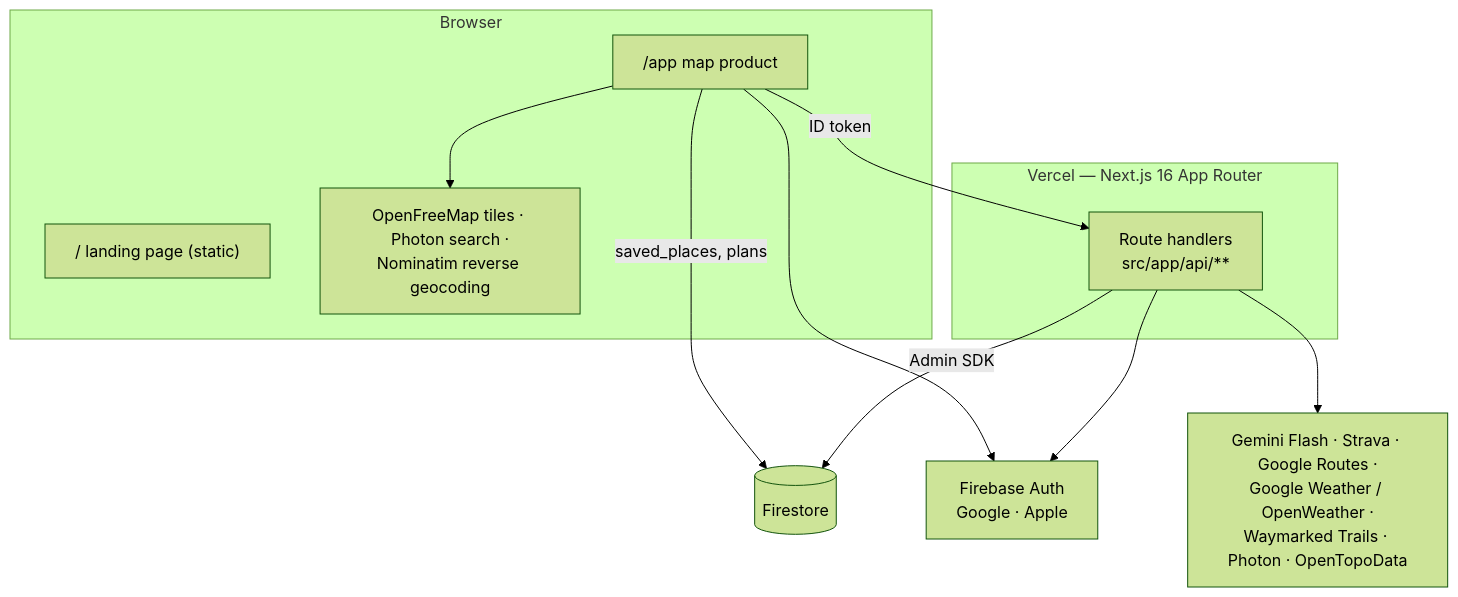
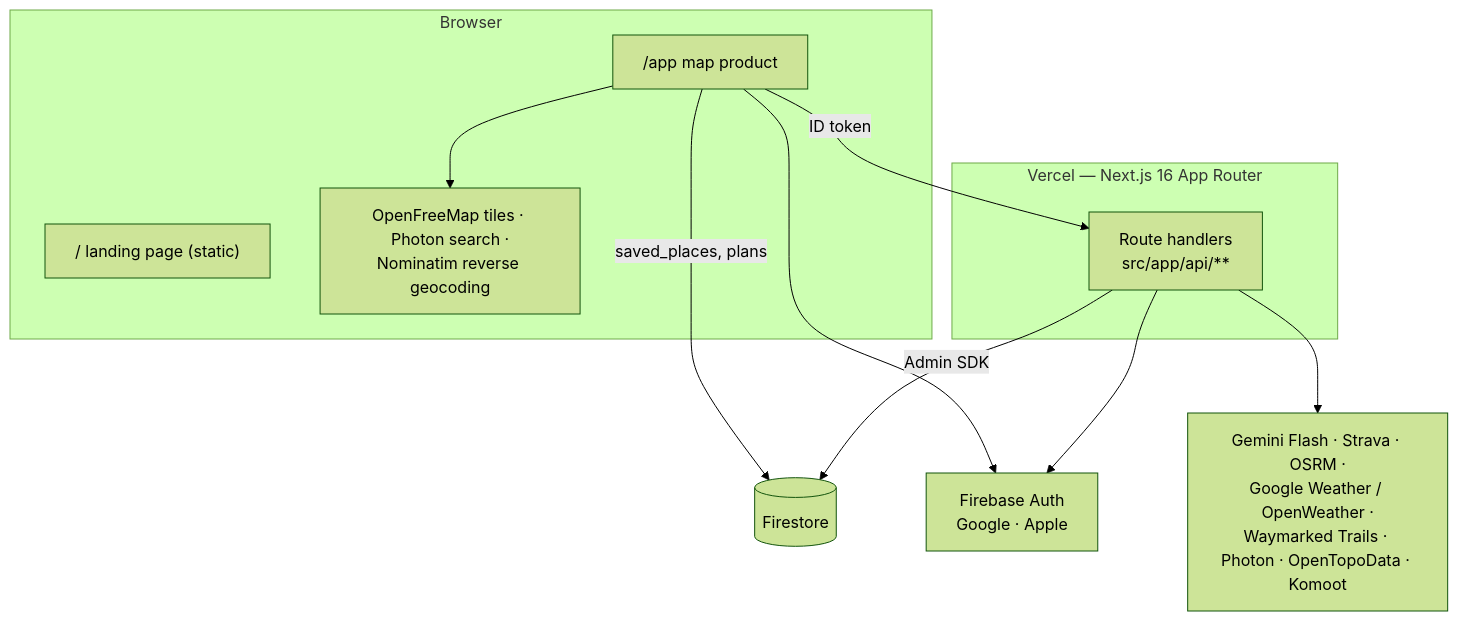
The first of 5 diagrams in docs/guides/architecture.md (Oweeboi011/Fit-Ready-IQ), drawn with Mermaid (forest theme) before and after one commit. The commit also changed 9 other files, not shown here.

````diff
--- a/docs/guides/architecture.md
+++ b/docs/guides/architecture.md
@@ -10,22 +10,22 @@
 ```mermaid
 flowchart TB
     subgraph Browser
         L["/ landing page (static)"]
         M["/app map product"]
         OSM["OpenFreeMap tiles · Photon search ·<br/>Nominatim reverse geocoding"]
     end
     subgraph Vercel["Vercel — Next.js 16 App Router"]
         API["Route handlers<br/>src/app/api/**"]
     end
     FS[("Firestore")]
     FA["Firebase Auth<br/>Google · Apple"]
-    EXT["Gemini Flash · Strava · Google Routes ·<br/>Google Weather / OpenWeather ·<br/>Waymarked Trails · Photon · OpenTopoData"]
+    EXT["Gemini Flash · Strava · OSRM ·<br/>Google Weather / OpenWeather ·<br/>Waymarked Trails · Photon · OpenTopoData · Komoot"]
 
     M --> OSM
     M -->|ID token| API
     M -->|saved_places, plans| FS
     M --> FA
     API -->|Admin SDK| FS
     API --> FA
     API --> EXT
 ```
````
